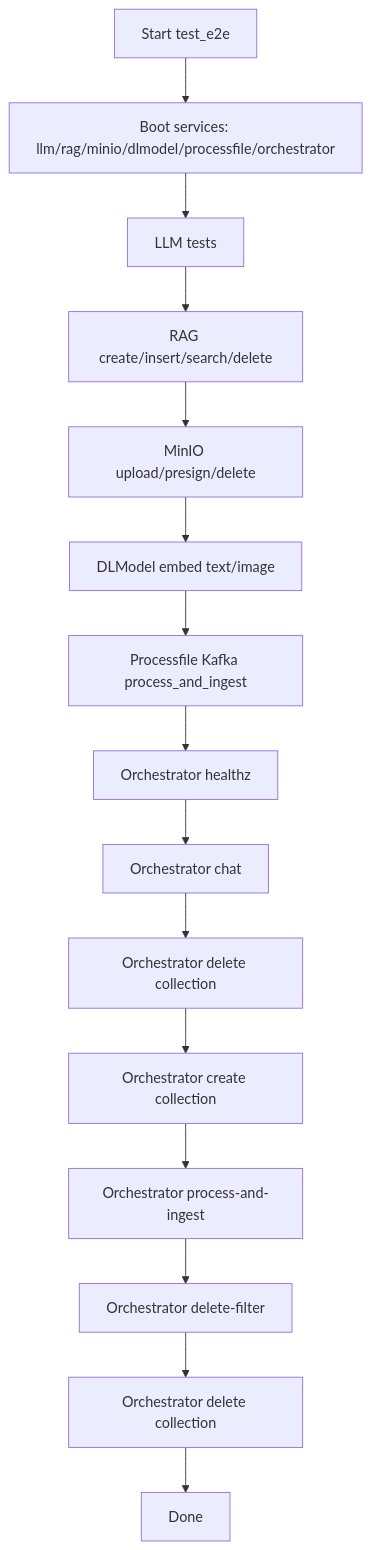
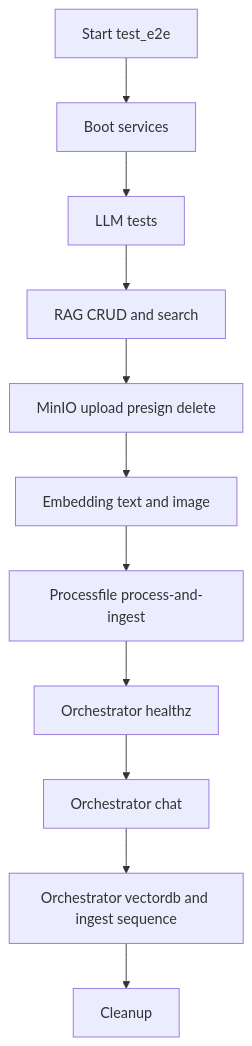
One commit to khanhminhtk/rag-with-images changed the fourth of 4 diagrams in README.md. Above: the diagram before and after it, drawn with Mermaid. The commit also changed other lines of this file, not shown here.

````diff
--- a/README.md
+++ b/README.md
@@ -447,17 +531,13 @@
 ```mermaid
 flowchart TD
-  A[Start test_e2e] --> B[Boot services: llm/rag/minio/dlmodel/processfile/orchestrator]
+  A[Start test_e2e] --> B[Boot services]
   B --> C[LLM tests]
-  C --> D[RAG create/insert/search/delete]
-  D --> E[MinIO upload/presign/delete]
-  E --> F[DLModel embed text/image]
-  F --> G[Processfile Kafka process_and_ingest]
+  C --> D[RAG CRUD and search]
+  D --> E[MinIO upload presign delete]
+  E --> F[Embedding text and image]
+  F --> G[Processfile process-and-ingest]
   G --> H[Orchestrator healthz]
   H --> I[Orchestrator chat]
-  I --> J[Orchestrator delete collection]
-  J --> K[Orchestrator create collection]
-  K --> L[Orchestrator process-and-ingest]
-  L --> M[Orchestrator delete-filter]
-  M --> N[Orchestrator delete collection]
-  N --> O[Done]
+  I --> J[Orchestrator vectordb and ingest sequence]
+  J --> K[Cleanup]
 ```
````
